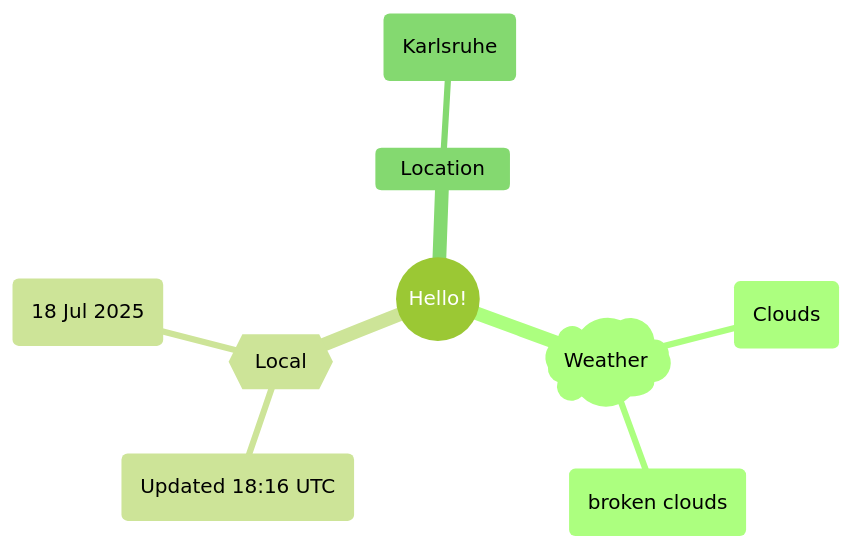
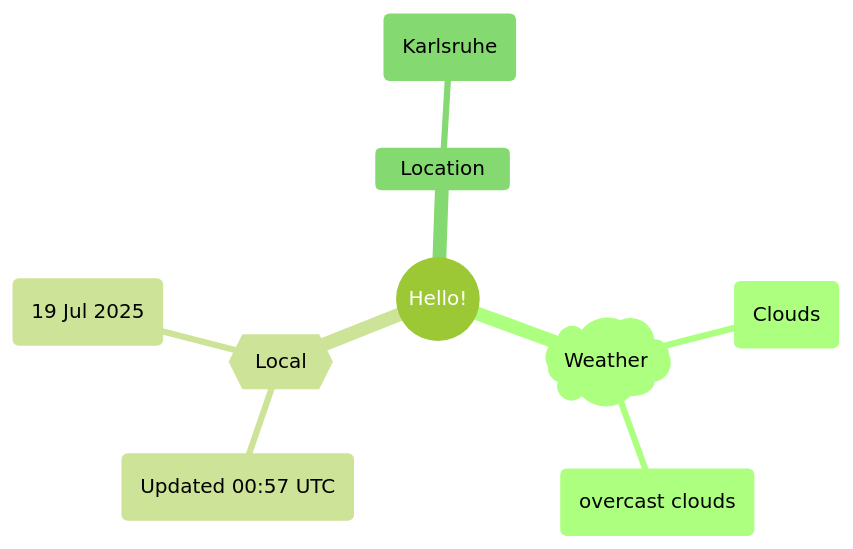
One commit to Xosrov/Xosrov changed the first of 2 diagrams in README.md. Above: the diagram before and after it, drawn with Mermaid (forest theme).

Commit message:
[bot] updated images

````diff
--- a/README.md
+++ b/README.md
@@ -3,12 +3,12 @@
 ```mermaid
 mindmap
   root((Hello!))
     )Weather(
         (Clouds)
-        (broken clouds)
+        (overcast clouds)
     {{Local}}
-        (Updated 18:16 UTC)
-        (18 Jul 2025)
+        (Updated 00:57 UTC)
+        (19 Jul 2025)
     Location
         (Karlsruhe)
 ```
````
